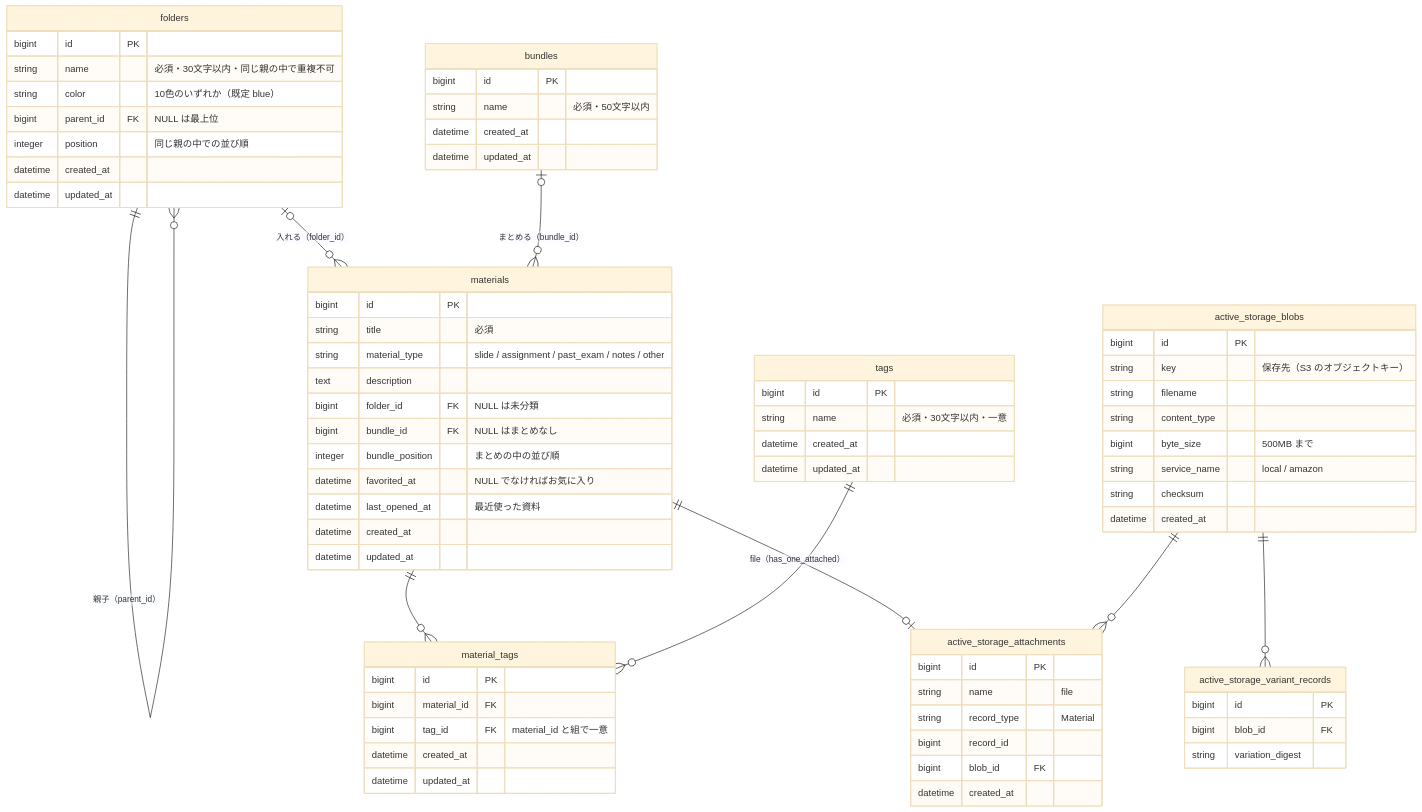
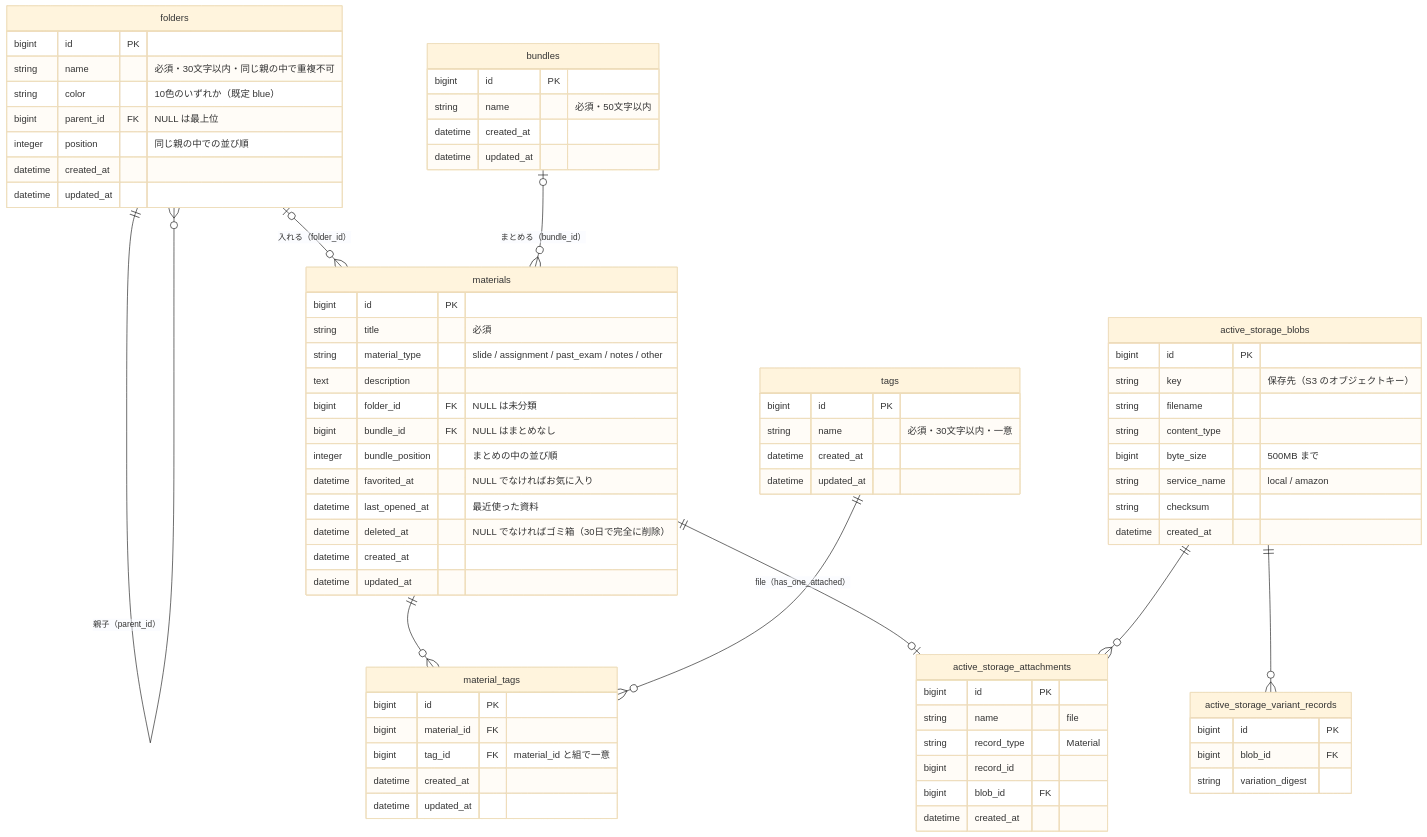
The diagram in docs/er-diagram.md (tomei0809/MaterialOrg), drawn with Mermaid (base theme) before and after one commit. The commit also changed other lines of this file and 7 other files, not shown here.

```diff
--- a/docs/er-diagram.md
+++ b/docs/er-diagram.md
@@ -34,6 +34,7 @@
         integer bundle_position "まとめの中の並び順"
         datetime favorited_at "NULL でなければお気に入り"
         datetime last_opened_at "最近使った資料"
+        datetime deleted_at "NULL でなければゴミ箱（30日で完全に削除）"
         datetime created_at
         datetime updated_at
     }
```
